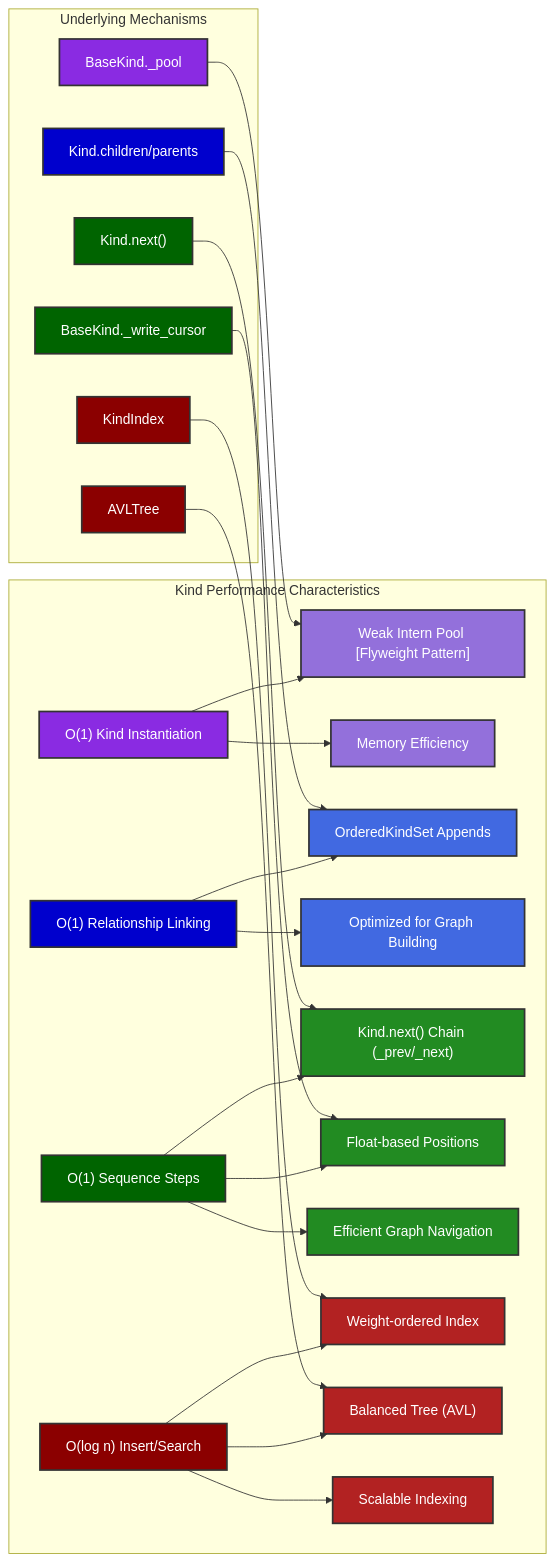
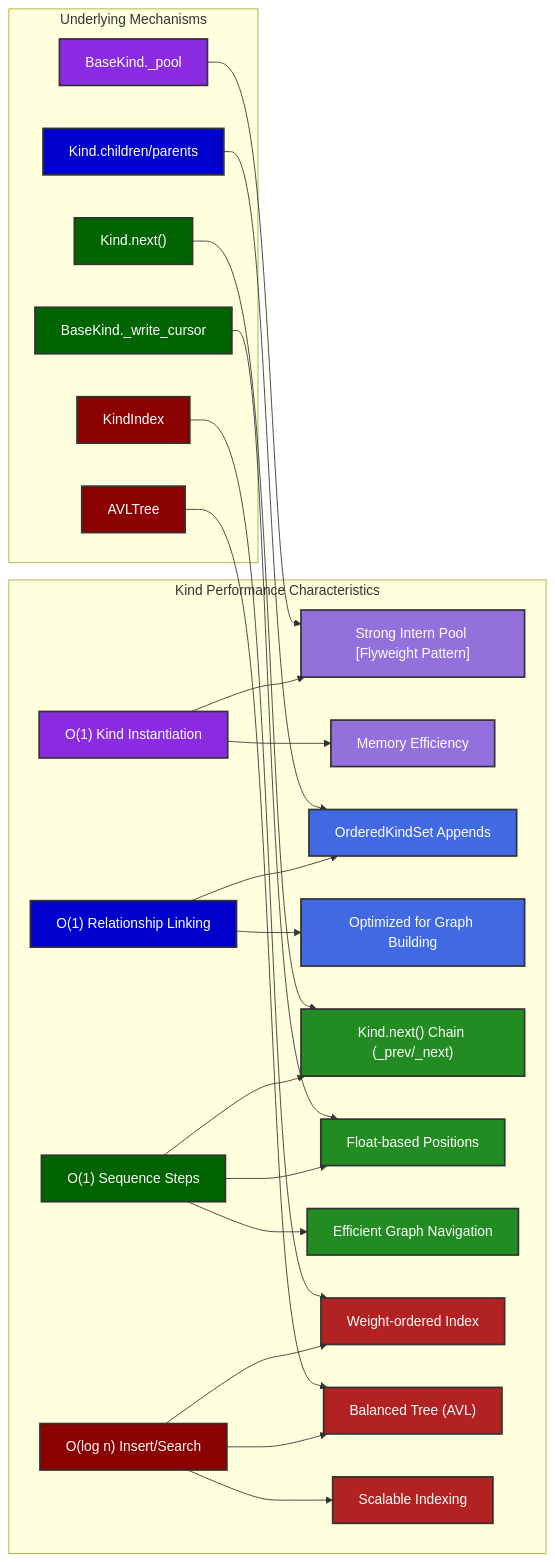
Before and after one commit to ikko/kind: the diagram in docs/topics/9_performance/performance_overview.mmd, drawn with Mermaid. The commit also changed 38 other files, not shown here.

```diff
--- a/docs/topics/9_performance/performance_overview.mmd
+++ b/docs/topics/9_performance/performance_overview.mmd
@@ -1,55 +1,55 @@
 graph LR
     subgraph "Kind Performance Characteristics"
-        A["O(1) Kind Instantiation"] --> B["Weak Intern Pool [Flyweight Pattern]"];
+        A["O(1) Kind Instantiation"] --> B["Strong Intern Pool [Flyweight Pattern]"];
         A --> C["Memory Efficiency"];
 
         D["O(1) Relationship Linking"] --> E["OrderedKindSet Appends"];
         D --> F["Optimized for Graph Building"];
 
         G["O(1) Sequence Steps"] --> H["Kind.next() Chain (_prev/_next)"];
         G --> I["Float-based Positions"];
         G --> J["Efficient Graph Navigation"];
 
         K["O(log n) Insert/Search"] --> L["Weight-ordered Index"];
         K --> M["Balanced Tree (AVL)"];
         K --> N["Scalable Indexing"];
     end
 
     subgraph "Underlying Mechanisms"
         O["BaseKind._pool"] --> B;
         P["Kind.children/parents"] --> E;
         Q["Kind.next()"] --> H;
         R["BaseKind._write_cursor"] --> I;
         S["KindIndex"] --> L;
         T["AVLTree"] --> M;
     end
 
     %% O(1) Kind Instantiation - Purple
     style A fill:#8A2BE2,stroke:#333,stroke-width:2px,color:#FFFFFF;
     style B fill:#9370DB,stroke:#333,stroke-width:2px,color:#FFFFFF;
     style C fill:#9370DB,stroke:#333,stroke-width:2px,color:#FFFFFF;
 
     %% O(1) Relationship Linking - Blue
     style D fill:#0000CD,stroke:#333,stroke-width:2px,color:#FFFFFF;
     style E fill:#4169E1,stroke:#333,stroke-width:2px,color:#FFFFFF;
     style F fill:#4169E1,stroke:#333,stroke-width:2px,color:#FFFFFF;
 
     %% O(1) Traversal with Cache - Green
     style G fill:#006400,stroke:#333,stroke-width:2px,color:#FFFFFF;
     style H fill:#228B22,stroke:#333,stroke-width:2px,color:#FFFFFF;
     style I fill:#228B22,stroke:#333,stroke-width:2px,color:#FFFFFF;
     style J fill:#228B22,stroke:#333,stroke-width:2px,color:#FFFFFF;
 
     %% O(log n) Insert/Search - Red
     style K fill:#8B0000,stroke:#333,stroke-width:2px,color:#FFFFFF;
     style L fill:#B22222,stroke:#333,stroke-width:2px,color:#FFFFFF;
     style M fill:#B22222,stroke:#333,stroke-width:2px,color:#FFFFFF;
     style N fill:#B22222,stroke:#333,stroke-width:2px,color:#FFFFFF;
 
     %% Underlying Mechanisms - Match colors with their corresponding features
     style O fill:#8A2BE2,stroke:#333,stroke-width:2px,color:#FFFFFF;
     style P fill:#0000CD,stroke:#333,stroke-width:2px,color:#FFFFFF;
     style Q fill:#006400,stroke:#333,stroke-width:2px,color:#FFFFFF;
     style R fill:#006400,stroke:#333,stroke-width:2px,color:#FFFFFF;
     style S fill:#8B0000,stroke:#333,stroke-width:2px,color:#FFFFFF;
     style T fill:#8B0000,stroke:#333,stroke-width:2px,color:#FFFFFF;
```
